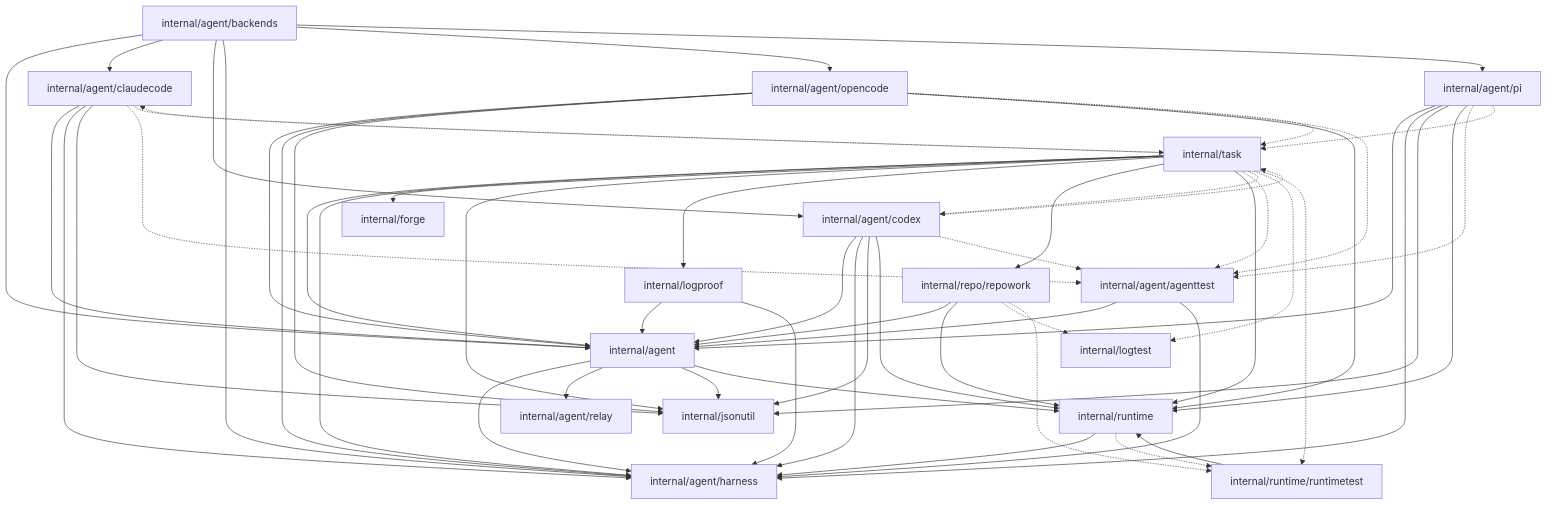
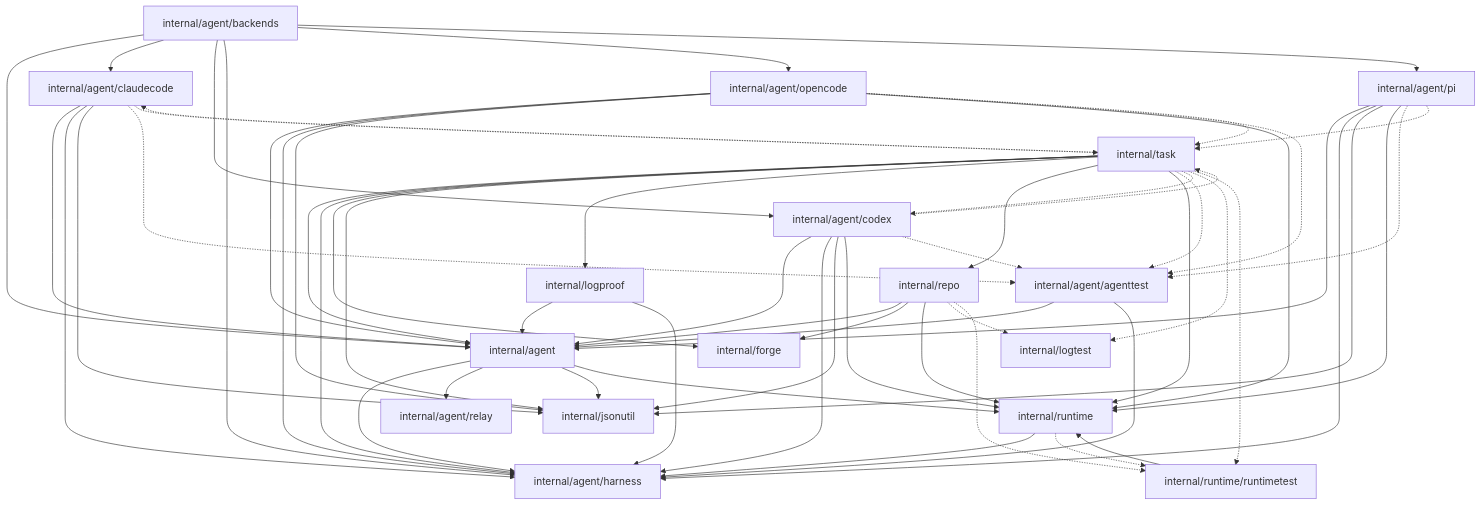
Before and after one commit to caic-xyz/caic: the second of 3 diagrams in backend/docs/ARCHITECTURE.md, drawn with Mermaid. The commit also changed other lines of this file and 53 other files, not shown here.

````diff
--- a/backend/docs/ARCHITECTURE.md
+++ b/backend/docs/ARCHITECTURE.md
@@ -235,77 +225,78 @@
 ```mermaid
 graph TD
   pkg_internal_agent["internal/agent"]
   pkg_internal_agent_agenttest["internal/agent/agenttest"]
   pkg_internal_agent_backends["internal/agent/backends"]
   pkg_internal_agent_claudecode["internal/agent/claudecode"]
   pkg_internal_agent_codex["internal/agent/codex"]
   pkg_internal_agent_harness["internal/agent/harness"]
   pkg_internal_agent_opencode["internal/agent/opencode"]
   pkg_internal_agent_pi["internal/agent/pi"]
   pkg_internal_agent_relay["internal/agent/relay"]
   pkg_internal_forge["internal/forge"]
   pkg_internal_jsonutil["internal/jsonutil"]
   pkg_internal_logproof["internal/logproof"]
   pkg_internal_logtest["internal/logtest"]
-  pkg_internal_repo_repowork["internal/repo/repowork"]
+  pkg_internal_repo["internal/repo"]
   pkg_internal_runtime["internal/runtime"]
   pkg_internal_runtime_runtimetest["internal/runtime/runtimetest"]
   pkg_internal_task["internal/task"]
 
   pkg_internal_agent --> pkg_internal_agent_harness
   pkg_internal_agent --> pkg_internal_agent_relay
   pkg_internal_agent --> pkg_internal_jsonutil
   pkg_internal_agent --> pkg_internal_runtime
   pkg_internal_agent_agenttest --> pkg_internal_agent
   pkg_internal_agent_agenttest --> pkg_internal_agent_harness
   pkg_internal_agent_backends --> pkg_internal_agent
   pkg_internal_agent_backends --> pkg_internal_agent_claudecode
   pkg_internal_agent_backends --> pkg_internal_agent_codex
   pkg_internal_agent_backends --> pkg_internal_agent_harness
   pkg_internal_agent_backends --> pkg_internal_agent_opencode
   pkg_internal_agent_backends --> pkg_internal_agent_pi
   pkg_internal_agent_claudecode --> pkg_internal_agent
   pkg_internal_agent_claudecode --> pkg_internal_agent_harness
   pkg_internal_agent_claudecode --> pkg_internal_jsonutil
   pkg_internal_agent_claudecode -.-> pkg_internal_agent_agenttest
   pkg_internal_agent_claudecode -.-> pkg_internal_task
   pkg_internal_agent_codex --> pkg_internal_agent
   pkg_internal_agent_codex --> pkg_internal_agent_harness
   pkg_internal_agent_codex --> pkg_internal_jsonutil
   pkg_internal_agent_codex --> pkg_internal_runtime
   pkg_internal_agent_codex -.-> pkg_internal_agent_agenttest
   pkg_internal_agent_codex -.-> pkg_internal_task
   pkg_internal_agent_opencode --> pkg_internal_agent
   pkg_internal_agent_opencode --> pkg_internal_agent_harness
   pkg_internal_agent_opencode --> pkg_internal_jsonutil
   pkg_internal_agent_opencode --> pkg_internal_runtime
   pkg_internal_agent_opencode -.-> pkg_internal_agent_agenttest
   pkg_internal_agent_opencode -.-> pkg_internal_task
   pkg_internal_agent_pi --> pkg_internal_agent
   pkg_internal_agent_pi --> pkg_internal_agent_harness
   pkg_internal_agent_pi --> pkg_internal_jsonutil
   pkg_internal_agent_pi --> pkg_internal_runtime
   pkg_internal_agent_pi -.-> pkg_internal_agent_agenttest
   pkg_internal_agent_pi -.-> pkg_internal_task
   pkg_internal_logproof --> pkg_internal_agent
   pkg_internal_logproof --> pkg_internal_agent_harness
-  pkg_internal_repo_repowork --> pkg_internal_agent
-  pkg_internal_repo_repowork --> pkg_internal_runtime
-  pkg_internal_repo_repowork -.-> pkg_internal_logtest
-  pkg_internal_repo_repowork -.-> pkg_internal_runtime_runtimetest
+  pkg_internal_repo --> pkg_internal_agent
+  pkg_internal_repo --> pkg_internal_forge
+  pkg_internal_repo --> pkg_internal_runtime
+  pkg_internal_repo -.-> pkg_internal_logtest
+  pkg_internal_repo -.-> pkg_internal_runtime_runtimetest
   pkg_internal_runtime --> pkg_internal_agent_harness
   pkg_internal_runtime -.-> pkg_internal_runtime_runtimetest
   pkg_internal_runtime_runtimetest --> pkg_internal_runtime
   pkg_internal_task --> pkg_internal_agent
   pkg_internal_task --> pkg_internal_agent_harness
   pkg_internal_task --> pkg_internal_forge
   pkg_internal_task --> pkg_internal_jsonutil
   pkg_internal_task --> pkg_internal_logproof
-  pkg_internal_task --> pkg_internal_repo_repowork
+  pkg_internal_task --> pkg_internal_repo
   pkg_internal_task --> pkg_internal_runtime
   pkg_internal_task -.-> pkg_internal_agent_agenttest
   pkg_internal_task -.-> pkg_internal_agent_claudecode
   pkg_internal_task -.-> pkg_internal_agent_codex
   pkg_internal_task -.-> pkg_internal_logtest
   pkg_internal_task -.-> pkg_internal_runtime_runtimetest
 ```
````
